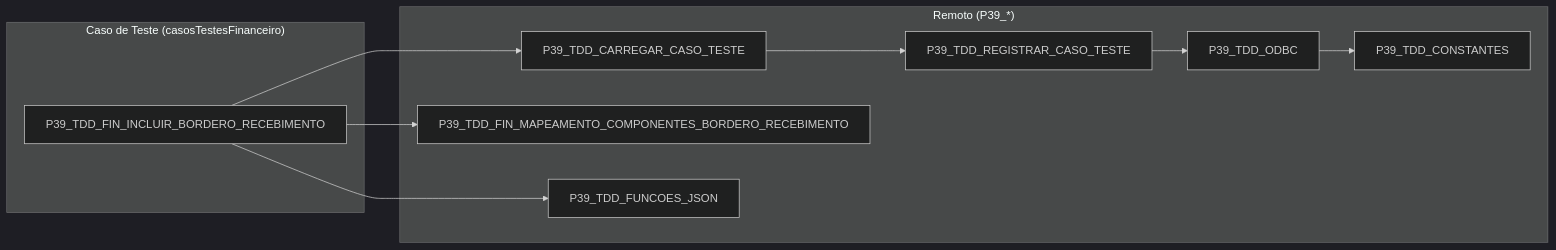
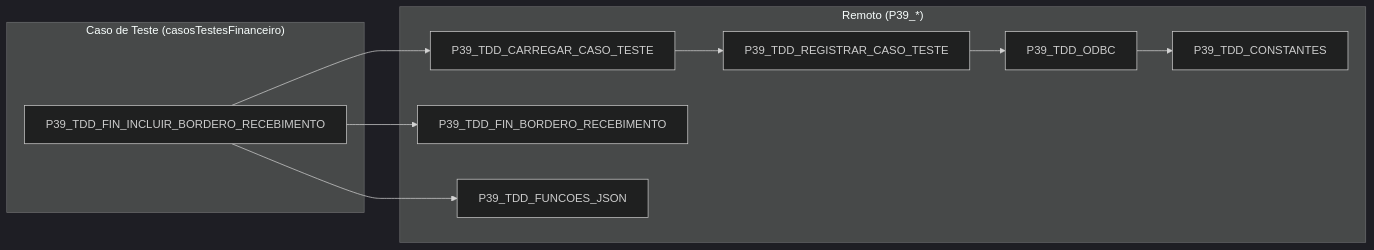
Before and after one commit to ModulosTestesAutomatizados/TestesAutomatizadosERP: the diagram in docs/MAPEAMENTO_AST_USES_UNITS/historico/financeiro/P39_TDD_FIN_INCLUIR_BORDERO_RECEBIMENTO.md, drawn with Mermaid (dark theme). The commit also changed other lines of this file and 79 other files, not shown here.

````diff
--- a/docs/MAPEAMENTO_AST_USES_UNITS/historico/financeiro/P39_TDD_FIN_INCLUIR_BORDERO_RECEBIMENTO.md
+++ b/docs/MAPEAMENTO_AST_USES_UNITS/historico/financeiro/P39_TDD_FIN_INCLUIR_BORDERO_RECEBIMENTO.md
@@ -8,23 +8,23 @@
 ```mermaid
 flowchart LR
     subgraph CASO["Caso de Teste (casosTestesFinanceiro)"]
         INCLUIR["P39_TDD_FIN_INCLUIR_BORDERO_RECEBIMENTO"]
     end
 
     subgraph REMOTO["Remoto (P39_*)"]
         CARREGAR["P39_TDD_CARREGAR_CASO_TESTE"]
-        MAP_RECEB["P39_TDD_FIN_MAPEAMENTO_COMPONENTES_BORDERO_RECEBIMENTO"]
+        MAP_RECEB["P39_TDD_FIN_BORDERO_RECEBIMENTO"]
         REGISTRAR["P39_TDD_REGISTRAR_CASO_TESTE"]
         FUNCOES_JSON["P39_TDD_FUNCOES_JSON"]
         ODBC["P39_TDD_ODBC"]
         CONSTANTES["P39_TDD_CONSTANTES"]
     end
 
     INCLUIR --> CARREGAR
     INCLUIR --> MAP_RECEB
     INCLUIR --> FUNCOES_JSON
 
     CARREGAR --> REGISTRAR
     REGISTRAR --> ODBC
     ODBC --> CONSTANTES
 ```
````
